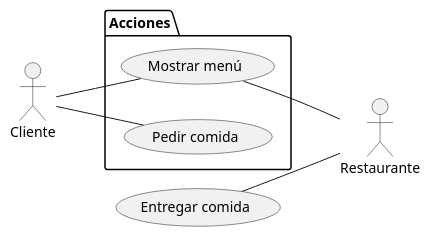
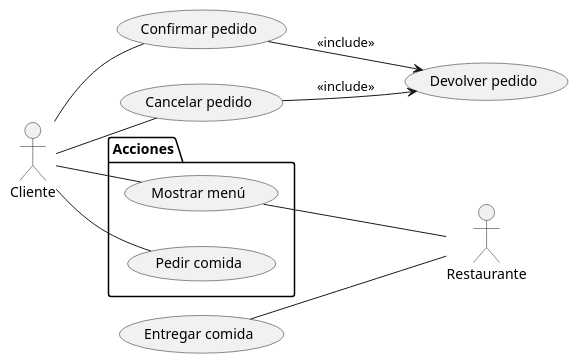
Before and after one commit to CrisMH1/ChristianM_UML: the diagram in Casos_de_uso.puml, drawn with PlantUML.

Commit message:
Update Casos_de_uso.puml
Añadido las acciones de cliente con el pedido

```diff
--- a/Casos_de_uso.puml
+++ b/Casos_de_uso.puml
@@ -1,17 +1,23 @@
 @startuml
 'https://plantuml.com/class-diagram
 
 left to right direction
 package Acciones{
 usecase "Mostrar menú" as menu
 usecase "Pedir comida" as pedir
 
 }
 
 :Cliente: -- menu
 :Cliente: -- pedir
  (Entregar comida)-- :Restaurante:
  menu -- :Restaurante:
+ 
+ left to right direction
+:Cliente: -- (Confirmar pedido)
+:Cliente: -- (Cancelar pedido)
+(Confirmar pedido) --> (Devolver pedido) : <<include>>
+(Cancelar pedido) --> (Devolver pedido) : <<include>>
 
 
 @enduml
```
